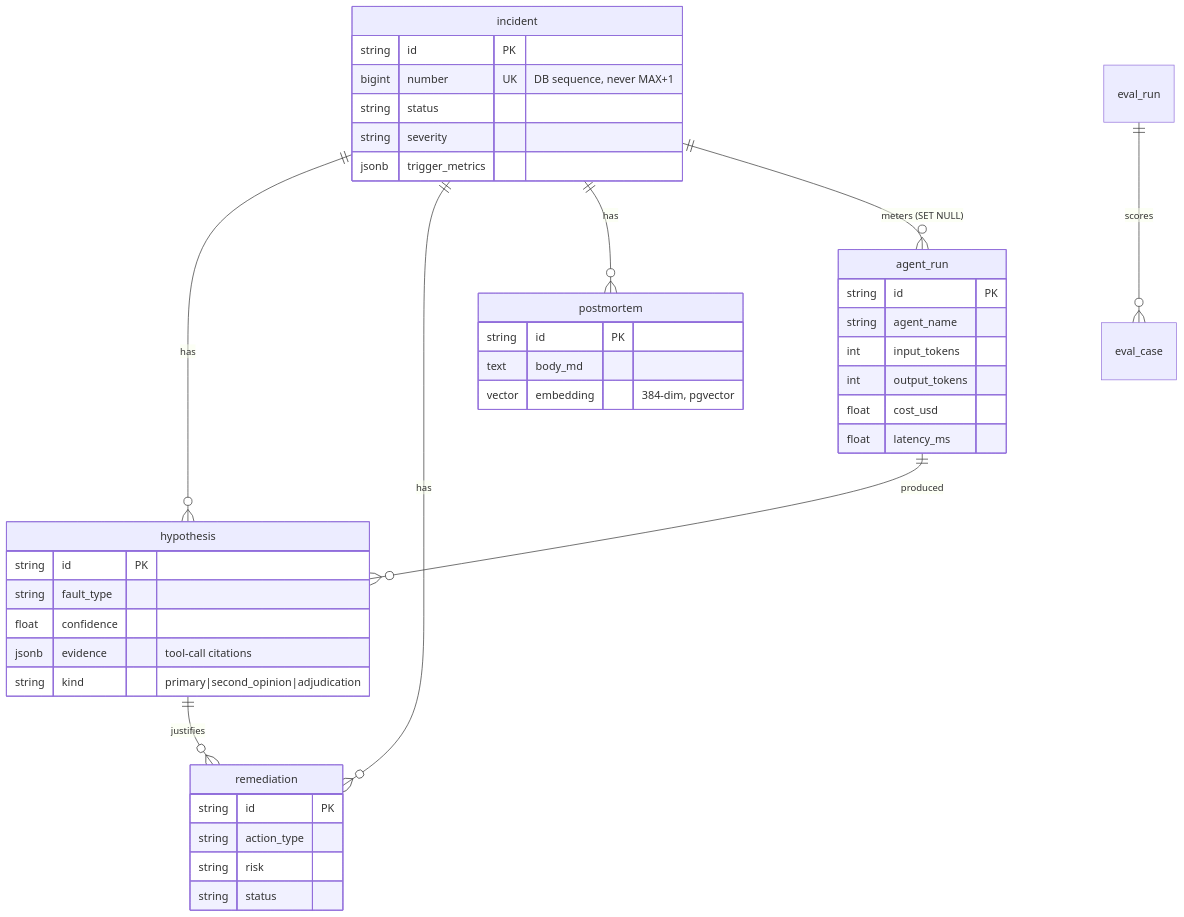
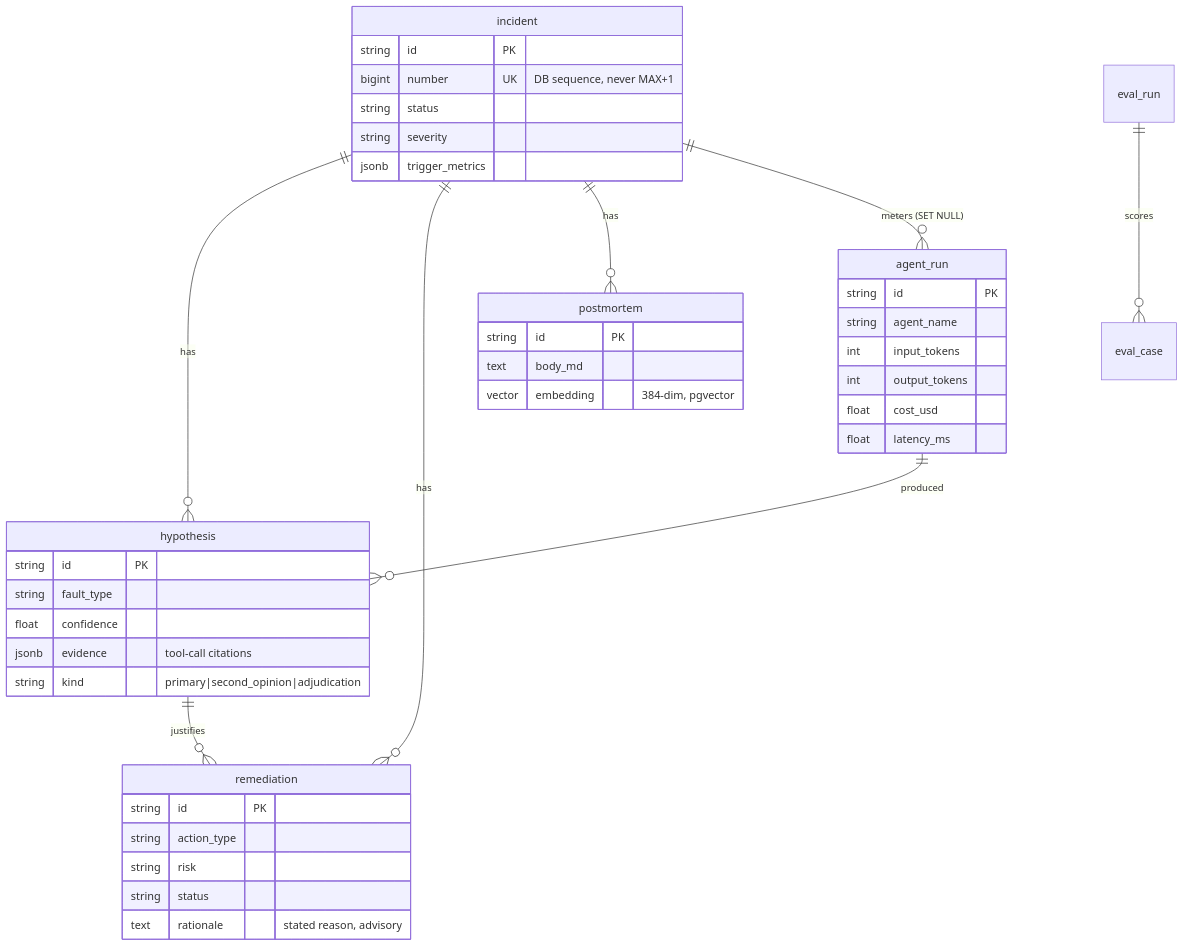
The fifth of 7 diagrams in .agents_workspace/ARCHITECTURE.md (cheneeheng/mlops-incident-commander), drawn with Mermaid before and after one commit. The commit also changed other lines of this file and 1 other file, not shown here.

First line of the commit message:
docs(architecture): move the conceptual model out, detail the agent graph

````diff
--- a/.agents_workspace/ARCHITECTURE.md
+++ b/.agents_workspace/ARCHITECTURE.md
@@ -132,44 +140,45 @@
 ```mermaid
 erDiagram
     incident ||--o{ hypothesis : has
     incident ||--o{ remediation : has
     incident ||--o{ postmortem : has
     incident ||--o{ agent_run : "meters (SET NULL)"
     agent_run ||--o{ hypothesis : produced
     hypothesis ||--o{ remediation : justifies
     eval_run ||--o{ eval_case : scores
 
     incident {
         string id PK
         bigint number UK "DB sequence, never MAX+1"
         string status
         string severity
         jsonb trigger_metrics
     }
     hypothesis {
         string id PK
         string fault_type
         float confidence
         jsonb evidence "tool-call citations"
         string kind "primary|second_opinion|adjudication"
     }
     remediation {
         string id PK
         string action_type
         string risk
         string status
+        text rationale "stated reason, advisory"
     }
     postmortem {
         string id PK
         text body_md
         vector embedding "384-dim, pgvector"
     }
     agent_run {
         string id PK
         string agent_name
         int input_tokens
         int output_tokens
         float cost_usd
         float latency_ms
     }
 ```
````
